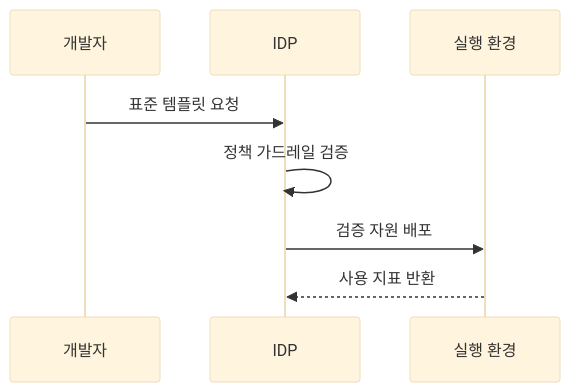
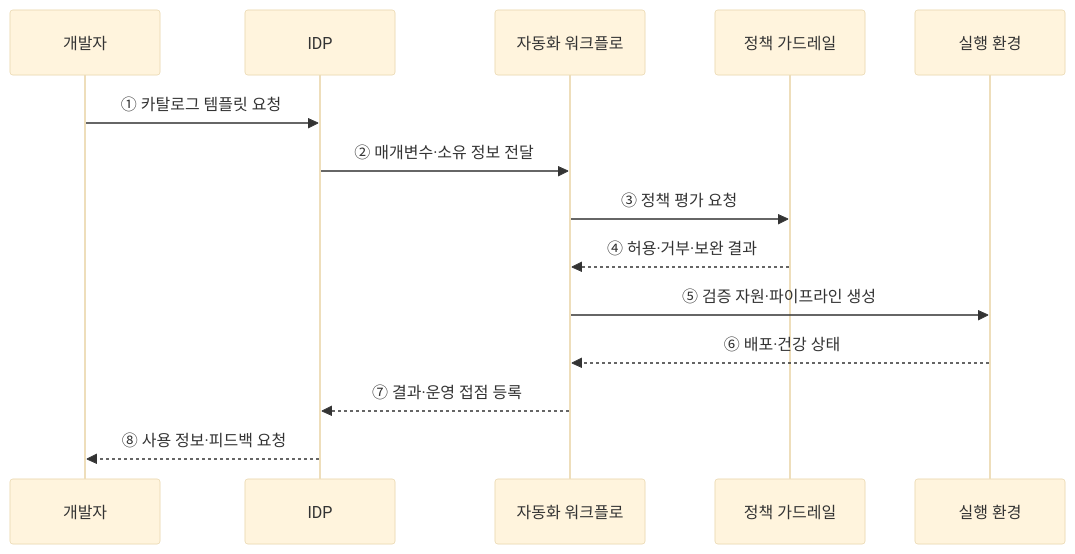
One commit to agnusdei1207/knowledge-base changed the second of 2 diagrams in src/content/docs/notes/03-software/082_platform_engineering_idp.md. Above: the diagram before and after it, drawn with Mermaid (base theme). The commit also changed other lines of this file and 20 other files, not shown here.

````diff
--- a/src/content/docs/notes/03-software/082_platform_engineering_idp.md
+++ b/src/content/docs/notes/03-software/082_platform_engineering_idp.md
@@ -75,10 +68,16 @@
 ```mermaid
 sequenceDiagram
     participant D as 개발자
     participant P as IDP
+    participant W as 자동화 워크플로
+    participant G as 정책 가드레일
     participant R as 실행 환경
-    D->>P: 표준 템플릿 요청
-    P->>P: 정책 가드레일 검증
-    P->>R: 검증 자원 배포
-    R-->>P: 사용 지표 반환
+    D->>P: ① 카탈로그 템플릿 요청
+    P->>W: ② 매개변수·소유 정보 전달
+    W->>G: ③ 정책 평가 요청
+    G-->>W: ④ 허용·거부·보완 결과
+    W->>R: ⑤ 검증 자원·파이프라인 생성
+    R-->>W: ⑥ 배포·건강 상태
+    W-->>P: ⑦ 결과·운영 접점 등록
+    P-->>D: ⑧ 사용 정보·피드백 요청
 ```
````
